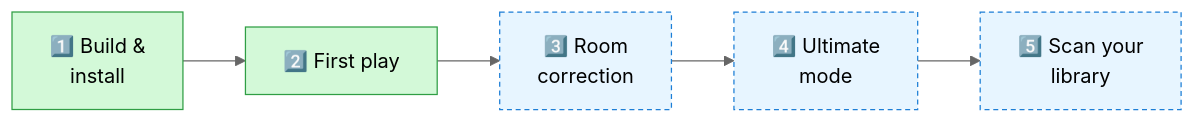
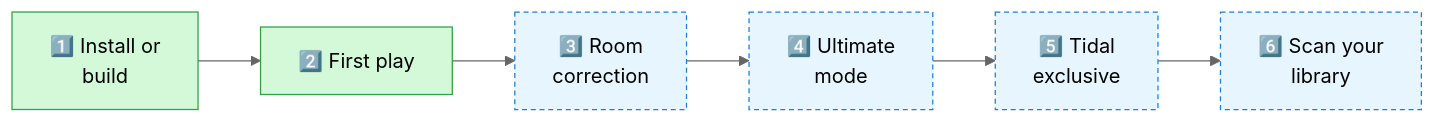
The first of 5 diagrams in docs/GETTING_STARTED.md (androxylo/audiophile_player), drawn with Mermaid (neutral theme) before and after one commit. The commit also changed other lines of this file and 17 other files, not shown here.

````diff
--- a/docs/GETTING_STARTED.md
+++ b/docs/GETTING_STARTED.md
@@ -5,6 +5,6 @@
 ```mermaid
 flowchart LR
-    A["1️⃣ Build &<br/>install"]:::s --> B["2️⃣ First play"]:::s --> C["3️⃣ Room<br/>correction"]:::o --> D["4️⃣ Ultimate<br/>mode"]:::o --> E["5️⃣ Scan your<br/>library"]:::o
+    A["1️⃣ Install or<br/>build"]:::s --> B["2️⃣ First play"]:::s --> C["3️⃣ Room<br/>correction"]:::o --> D["4️⃣ Ultimate<br/>mode"]:::o --> E["5️⃣ Tidal<br/>exclusive"]:::o --> F["6️⃣ Scan your<br/>library"]:::o
     classDef s fill:#d3f9d8,stroke:#2f9e44,color:#000
     classDef o fill:#e7f5ff,stroke:#1c7ed6,color:#000,stroke-dasharray: 4 3
 ```
````
